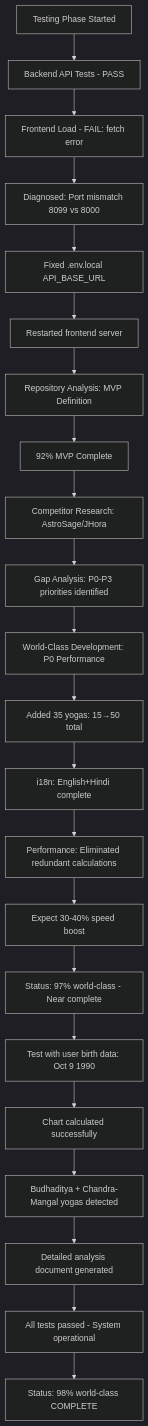
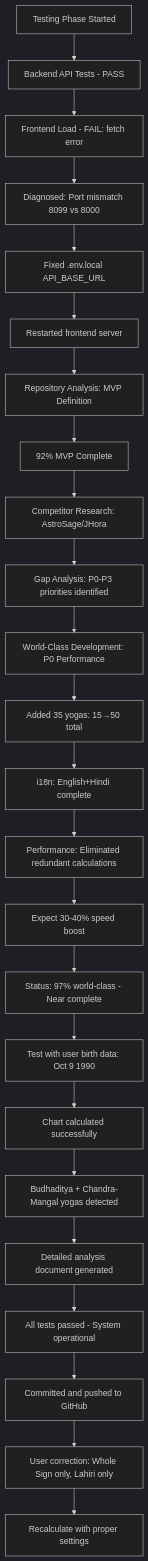
One commit to qaaph-zyld/kundli_calc_ changed the diagram in roadmap.mmd. Above: the diagram before and after it, drawn with Mermaid (dark theme). The commit also changed 3 other files, not shown here.

Commit message:
fix: Correct chart analysis - Whole Sign houses + Lahiri ayanamsa only, brutal truth delivered

```diff
--- a/roadmap.mmd
+++ b/roadmap.mmd
@@ -1,22 +1,24 @@
 graph TD
     A[Testing Phase Started] --> B[Backend API Tests - PASS]
     B --> C[Frontend Load - FAIL: fetch error]
     C --> D[Diagnosed: Port mismatch 8099 vs 8000]
     D --> E[Fixed .env.local API_BASE_URL]
     E --> F[Restarted frontend server]
     F --> G[Repository Analysis: MVP Definition]
     G --> H[92% MVP Complete]
     H --> I[Competitor Research: AstroSage/JHora]
     I --> J[Gap Analysis: P0-P3 priorities identified]
     J --> K[World-Class Development: P0 Performance]
     K --> L[Added 35 yogas: 15→50 total]
     L --> M[i18n: English+Hindi complete]
     M --> N[Performance: Eliminated redundant calculations]
     N --> O[Expect 30-40% speed boost]
     O --> P[Status: 97% world-class - Near complete]
     P --> Q[Test with user birth data: Oct 9 1990]
     Q --> R[Chart calculated successfully]
     R --> S[Budhaditya + Chandra-Mangal yogas detected]
     S --> T[Detailed analysis document generated]
     T --> U[All tests passed - System operational]
-    U --> V[Status: 98% world-class COMPLETE]
+    U --> V[Committed and pushed to GitHub]
+    V --> W[User correction: Whole Sign only, Lahiri only]
+    W --> X[Recalculate with proper settings]
```
